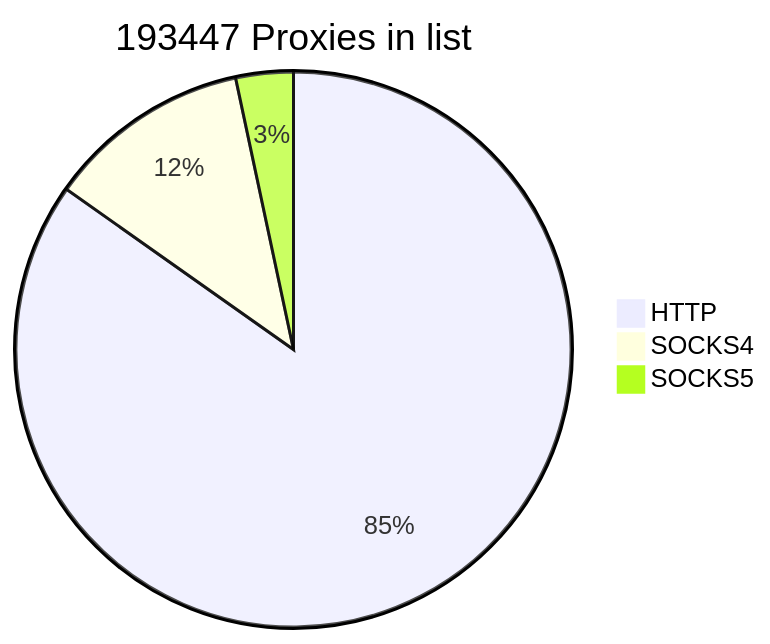
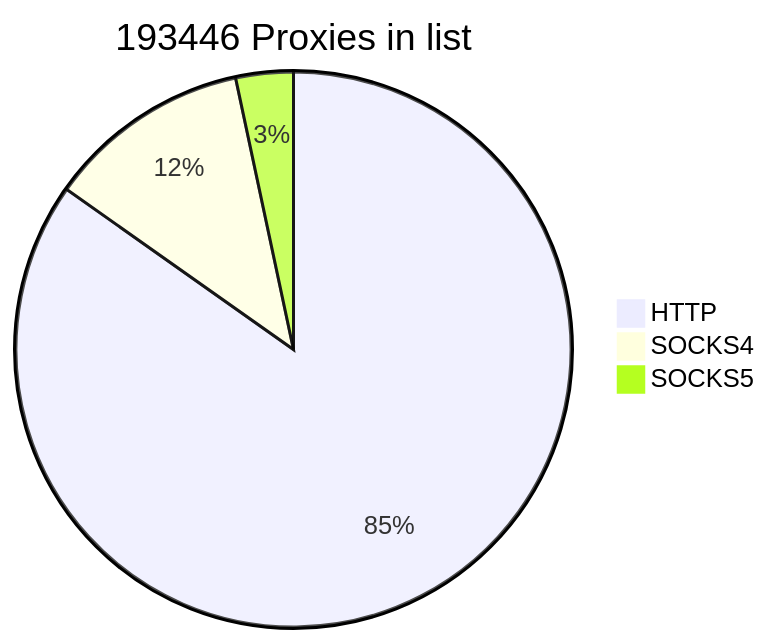
One commit to cutipu/proxylist changed the first of 2 diagrams in README.md. Above: the diagram before and after it, drawn with Mermaid. The commit also changed other lines of this file, not shown here.

````diff
--- a/README.md
+++ b/README.md
@@ -2,7 +2,7 @@
 ```mermaid
-pie title 193447 Proxies in list
+pie title 193446 Proxies in list
     "HTTP" : 164016
-    "SOCKS4" : 22963
-    "SOCKS5" : 6468
+    "SOCKS4" : 22961
+    "SOCKS5" : 6469
             
 ```
````
